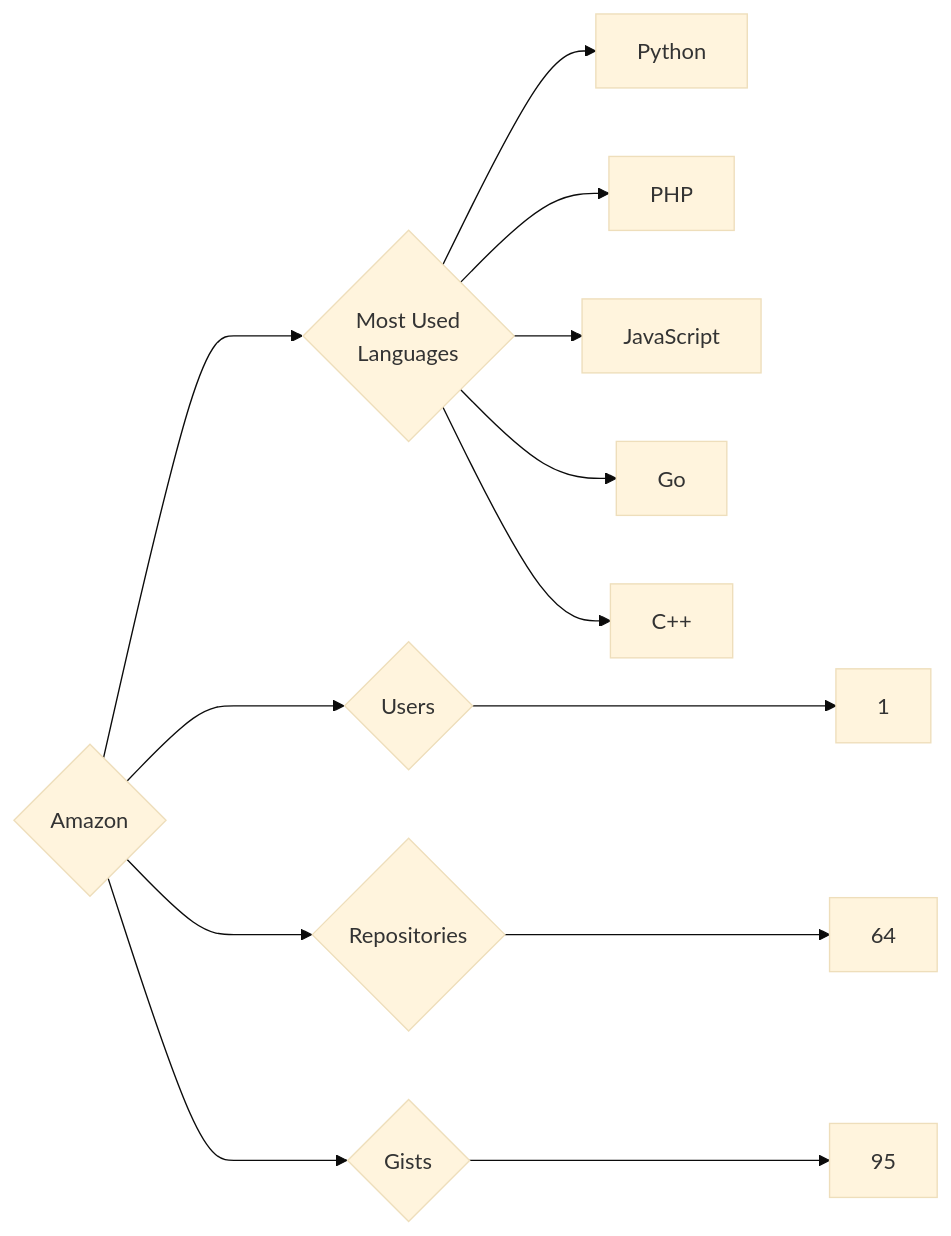
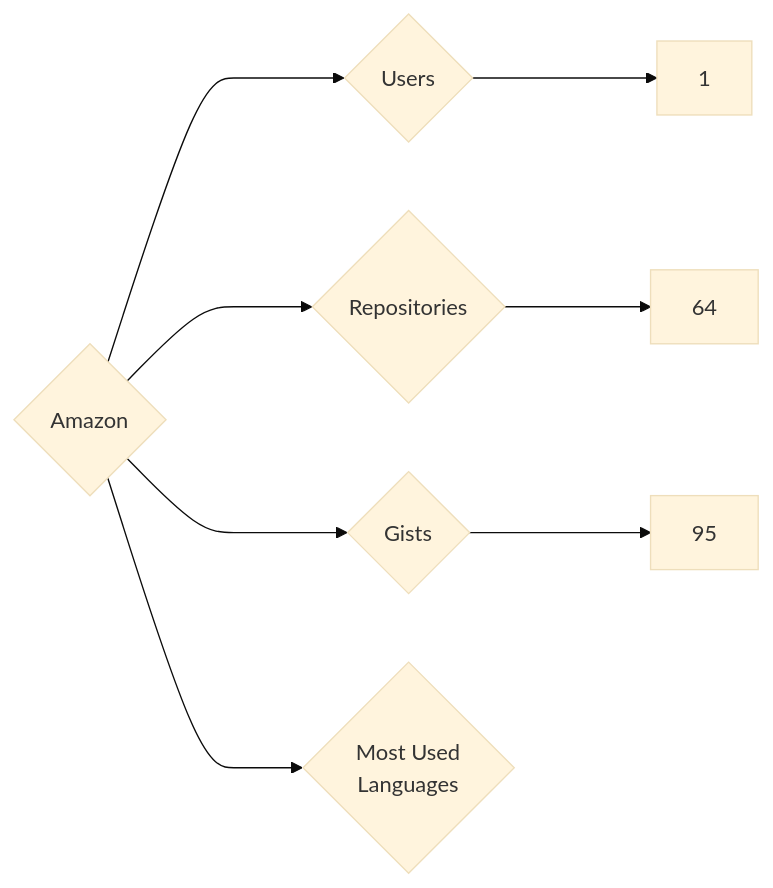
One commit to trickest/insiders changed the diagram in targets/Amazon/README.md. Above: the diagram before and after it, drawn with Mermaid (base theme). The commit also changed 681 other files, not shown here.

````diff
--- a/targets/Amazon/README.md
+++ b/targets/Amazon/README.md
@@ -3,13 +3,8 @@
 ```mermaid
 graph LR
 COMPANY_NAME{Amazon}
 COMPANY_NAME ---> U{Users} ---> UN[1]
 COMPANY_NAME ---> R{Repositories} ---> RN[64]
 COMPANY_NAME ---> G{Gists} ---> GN[95]
 COMPANY_NAME ---> ML{Most Used<br>Languages}
-ML --> Python[Python]
-ML --> PHP[PHP]
-ML --> JavaScript[JavaScript]
-ML --> Go[Go]
-ML --> C++[C++]
 ```
````
